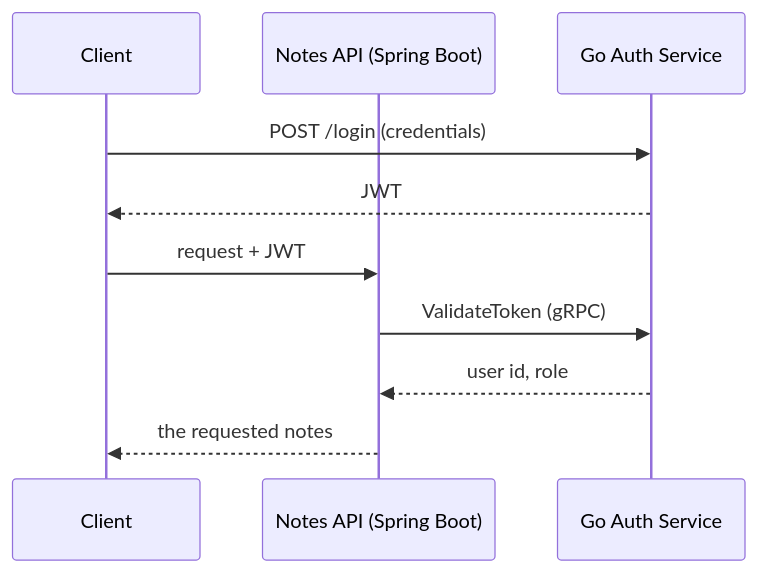
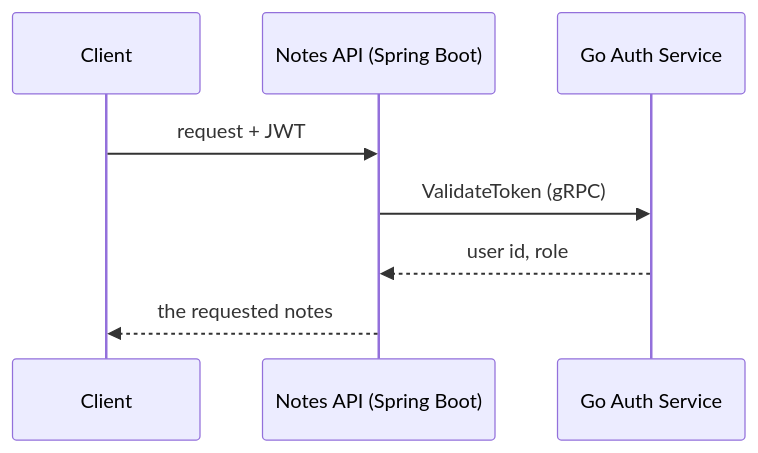
Before and after one commit to AshrafAhmed9/go-auth-service: the second of 2 diagrams in README.md, drawn with Mermaid. The commit also changed other lines of this file, not shown here.

Commit message:
Split the sequence diagram by phase so no arrow crosses a middle lifeline

````diff
--- a/README.md
+++ b/README.md
@@ -34,13 +47,11 @@
 ```mermaid
 sequenceDiagram
     participant Client
     participant Java as Notes API (Spring Boot)
     participant Go as Go Auth Service
 
-    Client->>Go: POST /login (credentials)
-    Go-->>Client: JWT
     Client->>Java: request + JWT
     Java->>Go: ValidateToken (gRPC)
     Go-->>Java: user id, role
     Java-->>Client: the requested notes
 ```
````
